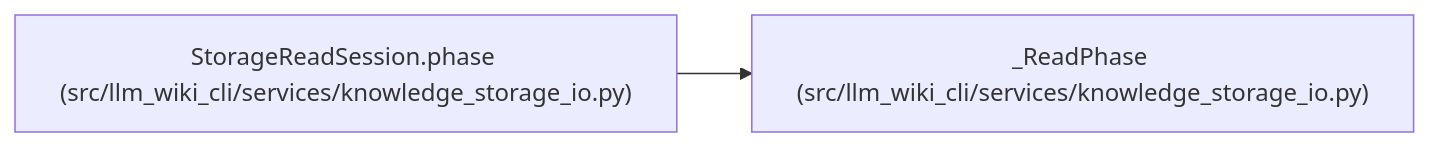
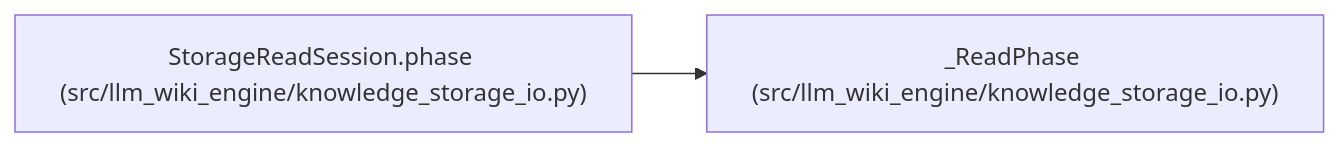
One commit to Denissvgn/python-wiki-llm changed the diagram in docs/llm_wiki/entities/ReadPhase.md. Above: the diagram before and after it, drawn with Mermaid. The commit also changed other lines of this file and 1058 other files, not shown here.

First line of the commit message:
docs: refresh the wiki for the knowledge store move

````diff
--- a/docs/llm_wiki/entities/ReadPhase.md
+++ b/docs/llm_wiki/entities/ReadPhase.md
@@ -31,8 +31,8 @@
 ```mermaid
 flowchart LR
-    n0["_ReadPhase (src/llm_wiki_cli/services/knowledge_storage_io.py)"]
-    n1["StorageReadSession.phase (src/llm_wiki_cli/services/knowledge_storage_io.py)"]
+    n0["_ReadPhase (src/llm_wiki_engine/knowledge_storage_io.py)"]
+    n1["StorageReadSession.phase (src/llm_wiki_engine/knowledge_storage_io.py)"]
     n1 --> n0
     click n0 "../modules/knowledge_storage_io.md"
     click n1 "../modules/knowledge_storage_io.md"
 ```
````
